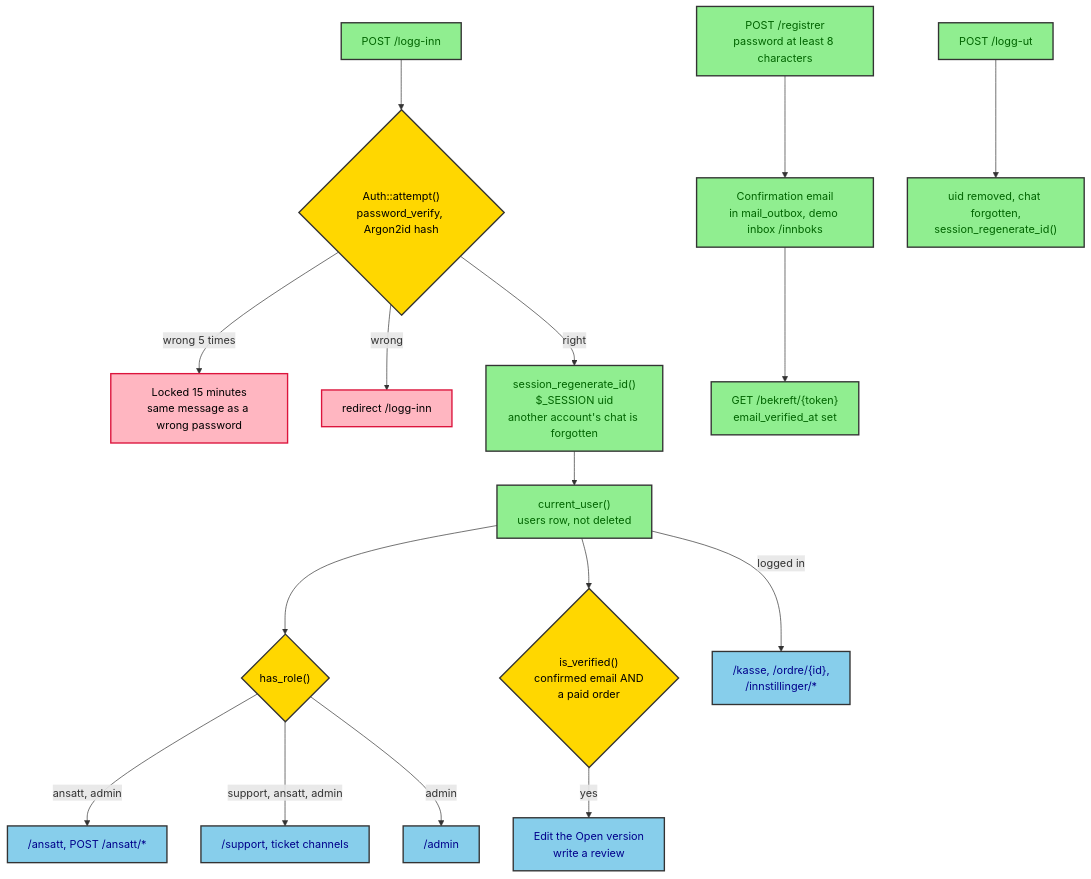
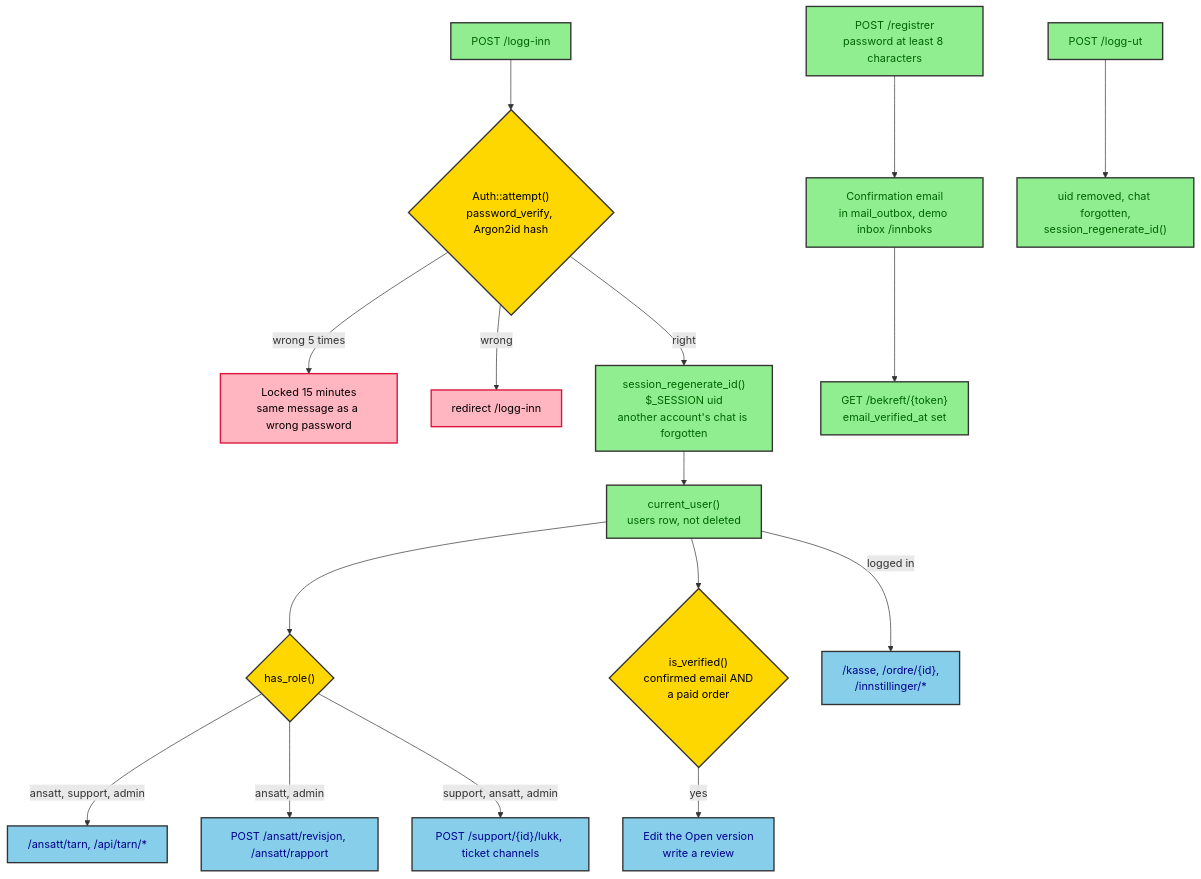
The fifth of 7 diagrams in docs/architecture/diagrams.md (dovidee/sorpedia), drawn with Mermaid before and after one commit. The commit also changed other lines of this file and 240 other files, not shown here.

````diff
--- a/docs/architecture/diagrams.md
+++ b/docs/architecture/diagrams.md
@@ -169,29 +169,29 @@
 ```mermaid
 flowchart TD
     LG["POST /logg-inn"] --> AT{"Auth::attempt()<br/>password_verify, Argon2id hash"}
     AT -->|"wrong 5 times"| LOCK["Locked 15 minutes<br/>same message as a wrong password"]
     AT -->|"wrong"| BACK["redirect /logg-inn"]
     AT -->|"right"| SES["session_regenerate_id()<br/>$_SESSION uid<br/>another account's chat is forgotten"]
     SES --> CU["current_user()<br/>users row, not deleted"]
 
     REG["POST /registrer<br/>password at least 8 characters"] --> MAIL["Confirmation email<br/>in mail_outbox, demo inbox /innboks"]
     MAIL --> CONF["GET /bekreft/{token}<br/>email_verified_at set"]
 
     CU --> ROLE{"has_role()"}
-    ROLE -->|"ansatt, admin"| R1["/ansatt, POST /ansatt/*"]
-    ROLE -->|"support, ansatt, admin"| R2["/support, ticket channels"]
-    ROLE -->|"admin"| R3["/admin"]
+    ROLE -->|"ansatt, support, admin"| R1["/ansatt/tarn, /api/tarn/*"]
+    ROLE -->|"ansatt, admin"| R2["POST /ansatt/revisjon, /ansatt/rapport"]
+    ROLE -->|"support, ansatt, admin"| R3["POST /support/{id}/lukk, ticket channels"]
     CU --> VER{"is_verified()<br/>confirmed email AND<br/>a paid order"}
     VER -->|"yes"| R4["Edit the Open version<br/>write a review"]
     CU -->|"logged in"| R5["/kasse, /ordre/{id},<br/>/innstillinger/*"]
     OUTL["POST /logg-ut"] --> FG["uid removed, chat forgotten,<br/>session_regenerate_id()"]
 
     classDef step fill:#90EE90,stroke:#333,stroke-width:2px,color:#006400
     classDef decision fill:#FFD700,stroke:#333,stroke-width:2px,color:#000000
     classDef stop fill:#FFB6C1,stroke:#DC143C,stroke-width:2px,color:#000000
     classDef route fill:#87CEEB,stroke:#333,stroke-width:2px,color:#00008B
     class LG,SES,CU,REG,MAIL,CONF,OUTL,FG step
     class AT,ROLE,VER decision
     class LOCK,BACK stop
     class R1,R2,R3,R4,R5 route
 ```
````
